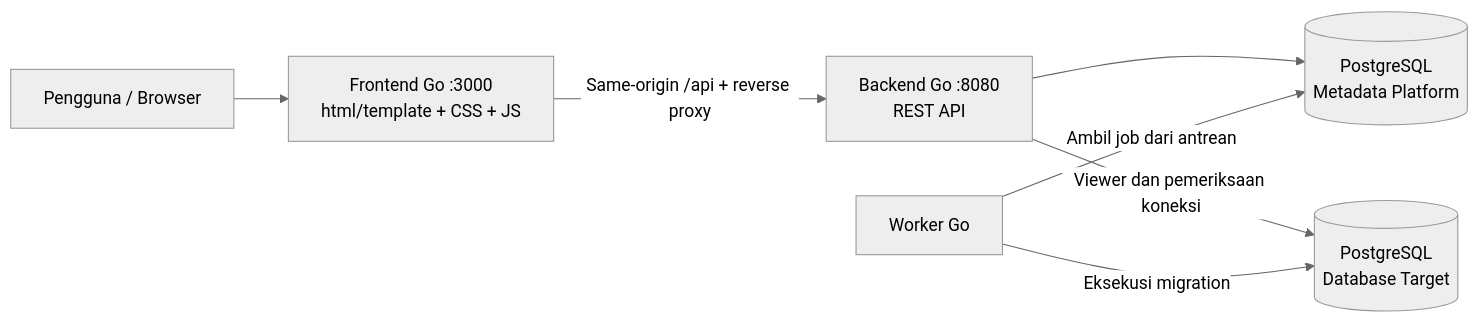
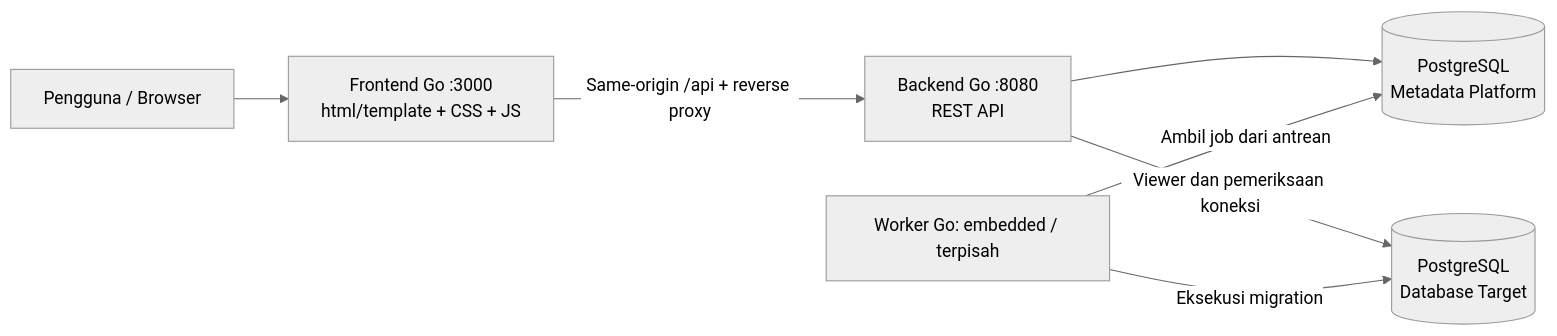
One commit to Alpaomega1136/IF3110_Tugas-Besar-WBD_Terserah changed the first of 2 diagrams in README.md. Above: the diagram before and after it, drawn with Mermaid (neutral theme). The commit also changed other lines of this file, not shown here.

````diff
--- a/README.md
+++ b/README.md
@@ -191,9 +198,9 @@
 ```mermaid
 flowchart LR
     U[Pengguna / Browser] --> FE[Frontend Go :3000\nhtml/template + CSS + JS]
     FE -->|Same-origin /api + reverse proxy| BE[Backend Go :8080\nREST API]
     BE --> META[(PostgreSQL\nMetadata Platform)]
     BE -->|Viewer dan pemeriksaan koneksi| TARGET[(PostgreSQL\nDatabase Target)]
-    WORKER[Worker Go] -->|Ambil job dari antrean| META
+    WORKER[Worker Go: embedded / terpisah] -->|Ambil job dari antrean| META
     WORKER -->|Eksekusi migration| TARGET
 ```
````
